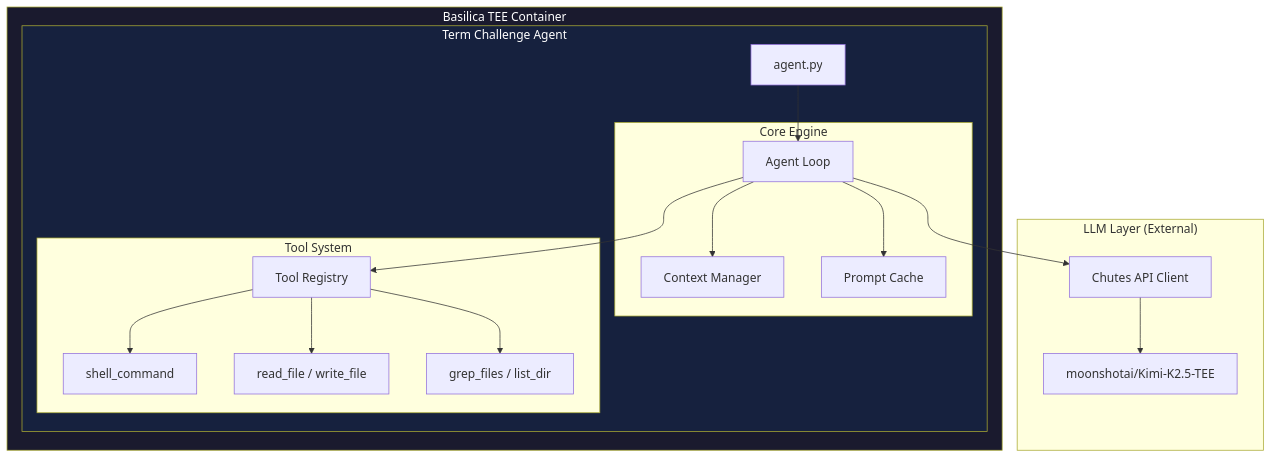
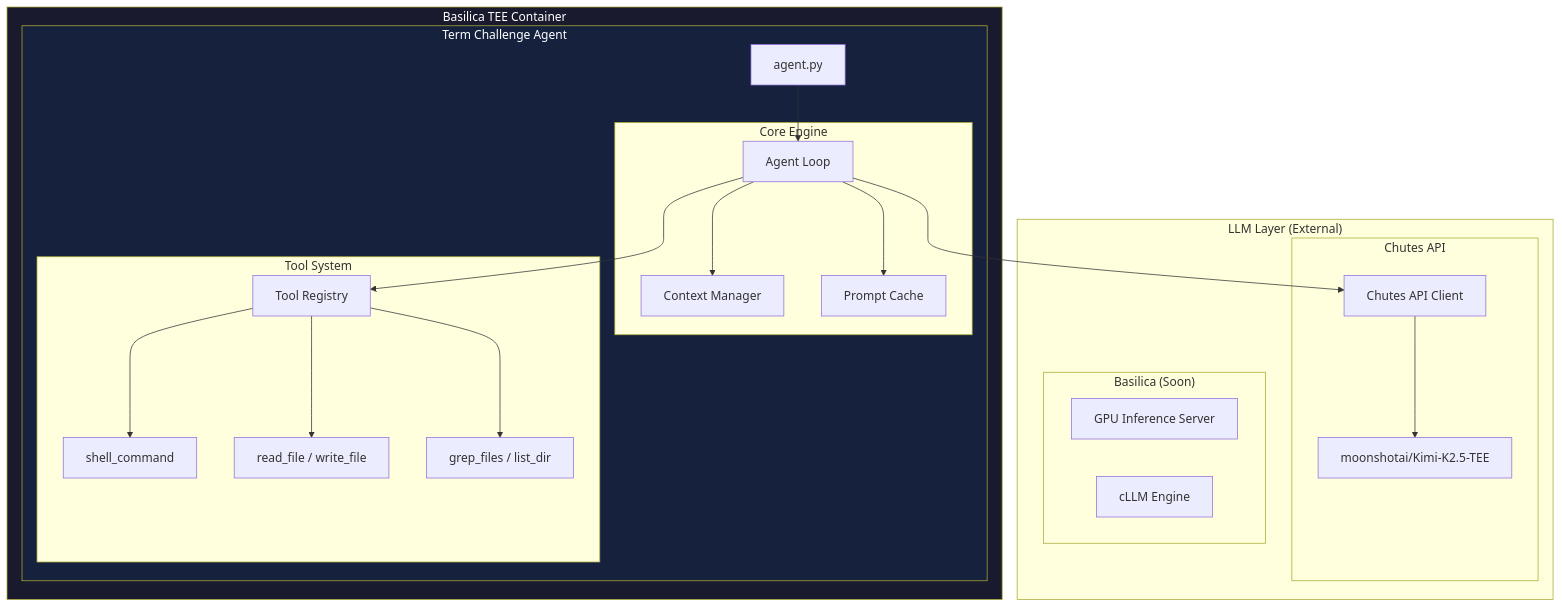
The first of 6 diagrams in README.md (PlatformNetwork/baseagent), drawn with Mermaid before and after one commit.

Commit message:
Add Basilica (Soon) as LLM provider in architecture diagram

````diff
--- a/README.md
+++ b/README.md
@@ -19,39 +19,46 @@
 ```mermaid
 graph TB
     subgraph Basilica["Basilica TEE Container"]
         subgraph TermChallenge["Term Challenge Agent"]
             CLI["agent.py"]
             
             subgraph Core["Core Engine"]
                 Loop["Agent Loop"]
                 Context["Context Manager"]
                 Cache["Prompt Cache"]
             end
             
             subgraph Tools["Tool System"]
                 Registry["Tool Registry"]
                 Shell["shell_command"]
                 Files["read_file / write_file"]
                 Search["grep_files / list_dir"]
             end
         end
     end
     
     subgraph LLM["LLM Layer (External)"]
-        Client["Chutes API Client"]
-        Model["moonshotai/Kimi-K2.5-TEE"]
+        subgraph Chutes["Chutes API"]
+            Client["Chutes API Client"]
+            Model["moonshotai/Kimi-K2.5-TEE"]
+        end
+        
+        subgraph BasilicaLLM["Basilica (Soon)"]
+            GPUServer["GPU Inference Server"]
+            cLLM["cLLM Engine"]
+        end
     end
     
     CLI --> Loop
     Loop --> Context
     Loop --> Cache
     Loop --> Client
     Client --> Model
     Loop --> Registry
     Registry --> Shell
     Registry --> Files
     Registry --> Search
     
     style Basilica fill:#1a1a2e,color:#fff
     style TermChallenge fill:#16213e,color:#fff
 ```
````
